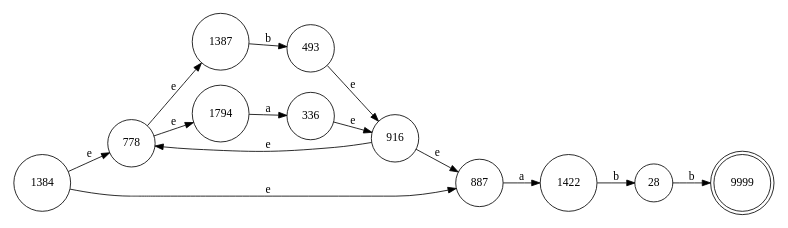
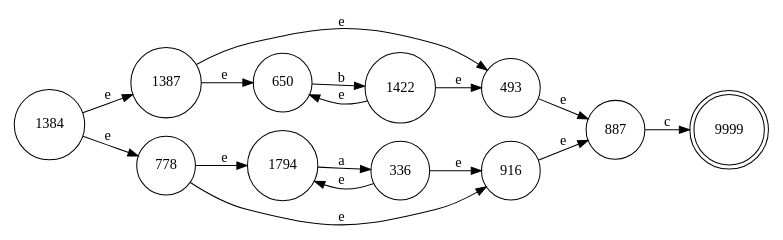
The diagram in thompson.gv (paulbelches/scannerAndParserGenerator), drawn with Graphviz before and after one commit. The commit also changed 8 other files, not shown here.

```diff
--- a/thompson.gv
+++ b/thompson.gv
@@ -1,32 +1,36 @@
 digraph finite_state_machine {
 	rankdir=LR size="8,5"
 	node [shape=doublecircle]
 	9999
 	node [shape=circle]
+	1384 -> 1387 [label=e
+]
 	1384 -> 778 [label=e
 ]
-	1384 -> 887 [label=e
+	1387 -> 493 [label=e
 ]
-	1387 -> 493 [label=b
+	1387 -> 650 [label=e
 ]
-	1422 -> 28 [label=b
+	1422 -> 493 [label=e
+]
+	1422 -> 650 [label=e
 ]
 	1794 -> 336 [label=a
 ]
-	28 -> 9999 [label=b
+	336 -> 1794 [label=e
 ]
 	336 -> 916 [label=e
 ]
-	493 -> 916 [label=e
+	493 -> 887 [label=e
 ]
-	778 -> 1387 [label=e
+	650 -> 1422 [label=b
 ]
 	778 -> 1794 [label=e
 ]
-	887 -> 1422 [label=a
+	778 -> 916 [label=e
 ]
-	916 -> 778 [label=e
+	887 -> 9999 [label=c
 ]
 	916 -> 887 [label=e
 ]
 }
```
